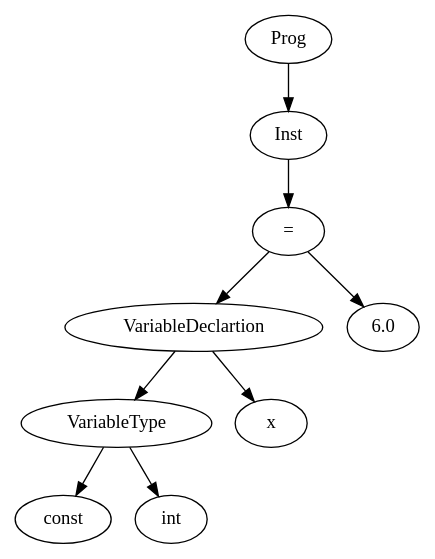
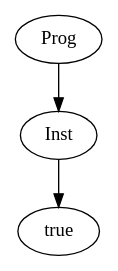
One commit to Michaelvdz/Compiler changed the diagram in ast.gv. Above: the diagram before and after it, drawn with Graphviz. The commit also changed 6 other files, not shown here.

```diff
--- a/ast.gv
+++ b/ast.gv
@@ -1,19 +1,7 @@
 digraph AST {
-	139971353406208 [label=Prog]
-	139971353404864 [label=Inst]
-	139971353405920 [label="="]
-	139971353406064 [label=VariableDeclartion]
-	139971353405344 [label=VariableType]
-	139971353406640 [label=const]
-	139971353405344 -> 139971353406640
-	139971353408032 [label=int]
-	139971353405344 -> 139971353408032
-	139971353406064 -> 139971353405344
-	139971353406592 [label=x]
-	139971353406064 -> 139971353406592
-	139971353405920 -> 139971353406064
-	139971353405056 [label=6.0]
-	139971353405920 -> 139971353405056
-	139971353404864 -> 139971353405920
-	139971353406208 -> 139971353404864
+	140103632294608 [label=Prog]
+	140103632295328 [label=Inst]
+	140103632294128 [label=true]
+	140103632295328 -> 140103632294128
+	140103632294608 -> 140103632295328
 }
```
